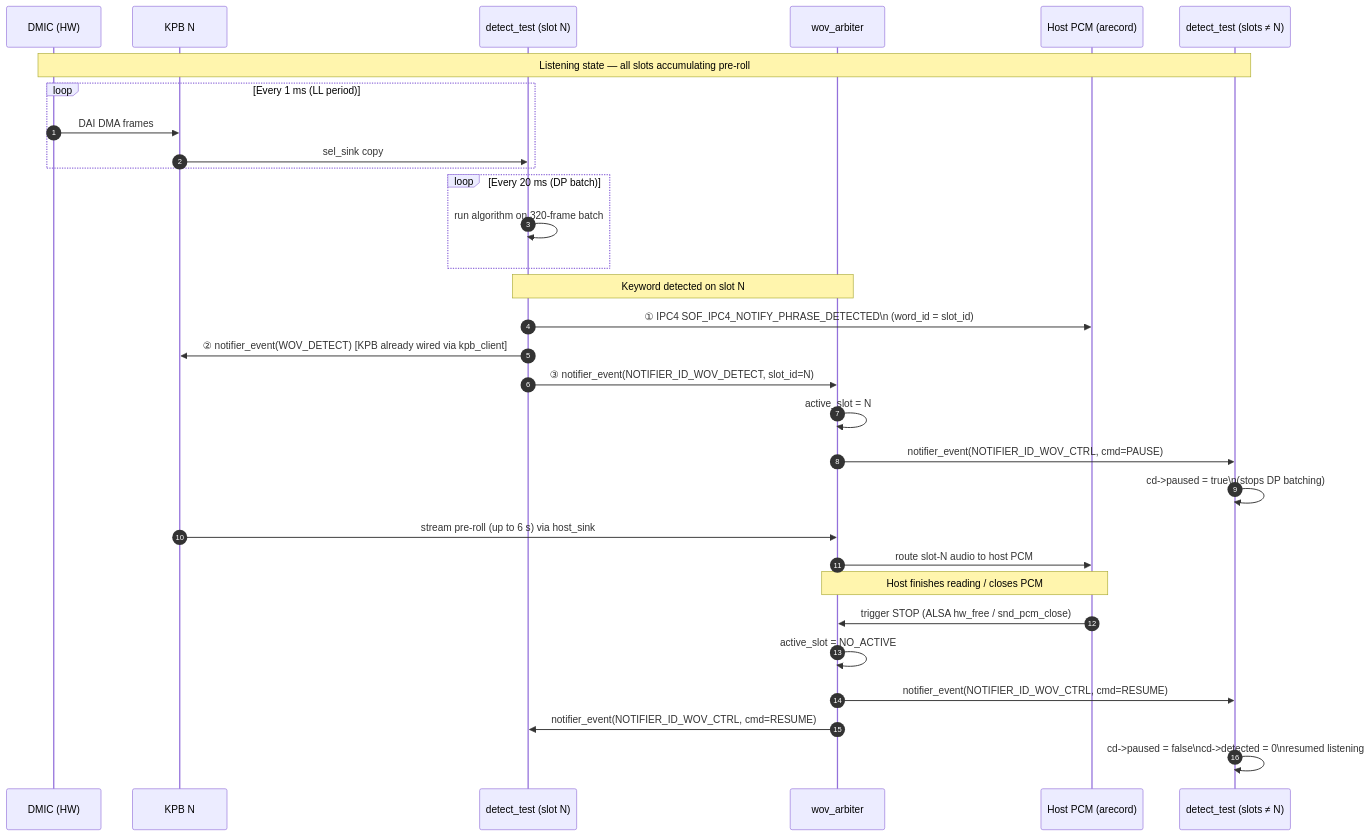
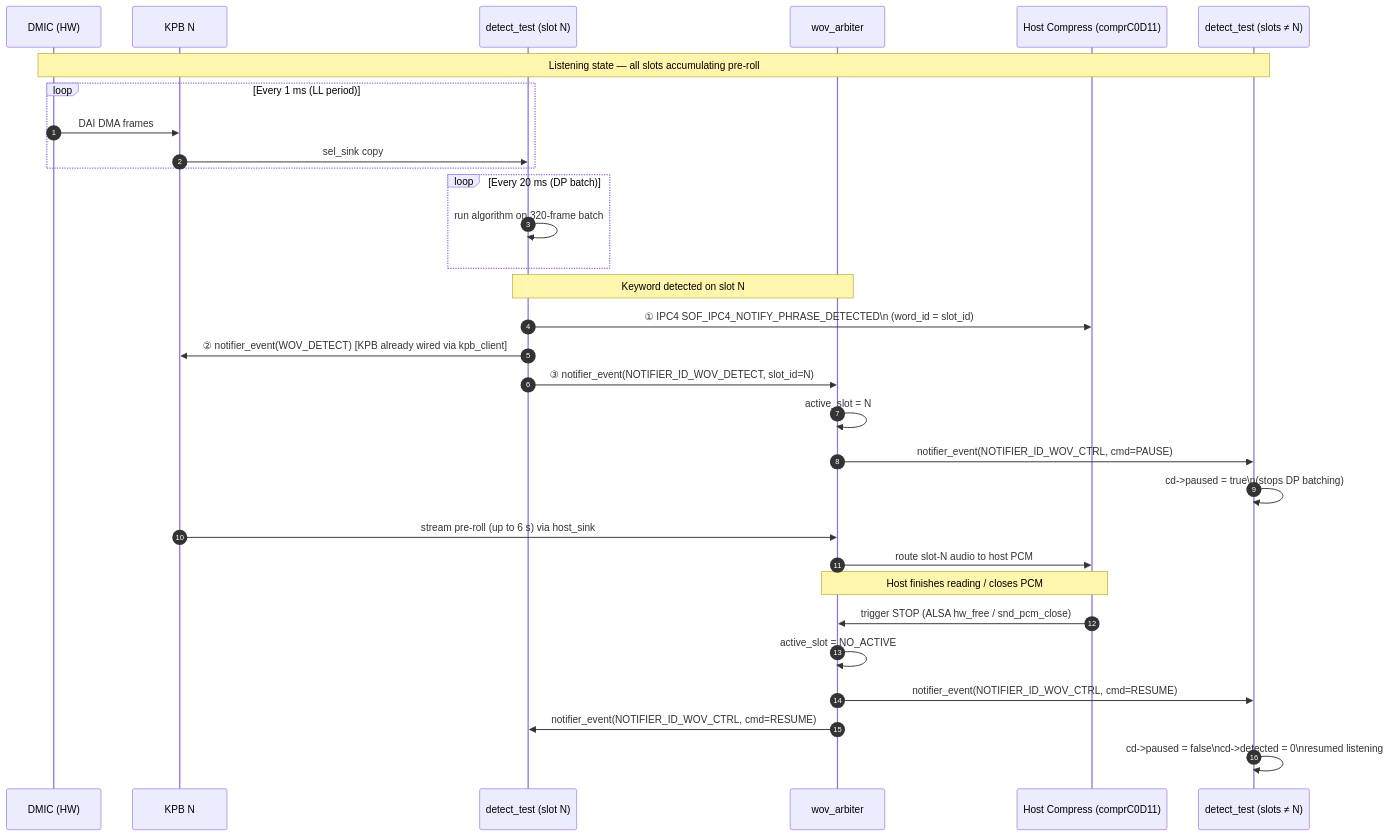
One commit to thesofproject/sof changed the sixth of 6 diagrams in src/audio/wov_arbiter/README.md. Above: the diagram before and after it, drawn with Mermaid. The commit also changed other lines of this file, not shown here.

First line of the commit message:
doc: wov_arbiter: update README for compress PCM, VAD gate, and D0i3

````diff
--- a/src/audio/wov_arbiter/README.md
+++ b/src/audio/wov_arbiter/README.md
@@ -220,42 +227,42 @@
 ```mermaid
 sequenceDiagram
     autonumber
     participant DMIC  as DMIC (HW)
     participant KPB   as KPB N
     participant DET   as detect_test (slot N)
     participant ARB   as wov_arbiter
-    participant HOST  as Host PCM (arecord)
+    participant HOST  as Host Compress (comprC0D11)
     participant OTHER as detect_test (slots ≠ N)
 
     Note over DMIC,OTHER: Listening state — all slots accumulating pre-roll
 
     loop Every 1 ms (LL period)
         DMIC->>KPB: DAI DMA frames
         KPB->>DET: sel_sink copy
     end
 
     loop Every 20 ms (DP batch)
         DET->>DET: run algorithm on 320-frame batch
     end
 
     Note over DET,ARB: Keyword detected on slot N
 
     DET->>HOST: ① IPC4 SOF_IPC4_NOTIFY_PHRASE_DETECTED\n   (word_id = slot_id)
     DET->>KPB: ② notifier_event(WOV_DETECT) [KPB already wired via kpb_client]
     DET->>ARB: ③ notifier_event(NOTIFIER_ID_WOV_DETECT, slot_id=N)
 
     ARB->>ARB: active_slot = N
     ARB->>OTHER: notifier_event(NOTIFIER_ID_WOV_CTRL, cmd=PAUSE)
     OTHER->>OTHER: cd->paused = true\n(stops DP batching)
 
     KPB->>ARB: stream pre-roll (up to 6 s) via host_sink
     ARB->>HOST: route slot-N audio to host PCM
 
     Note over HOST,ARB: Host finishes reading / closes PCM
 
     HOST->>ARB: trigger STOP (ALSA hw_free / snd_pcm_close)
     ARB->>ARB: active_slot = NO_ACTIVE
     ARB->>OTHER: notifier_event(NOTIFIER_ID_WOV_CTRL, cmd=RESUME)
     ARB->>DET:  notifier_event(NOTIFIER_ID_WOV_CTRL, cmd=RESUME)
     OTHER->>OTHER: cd->paused = false\ncd->detected = 0\nresumed listening
 ```
````
